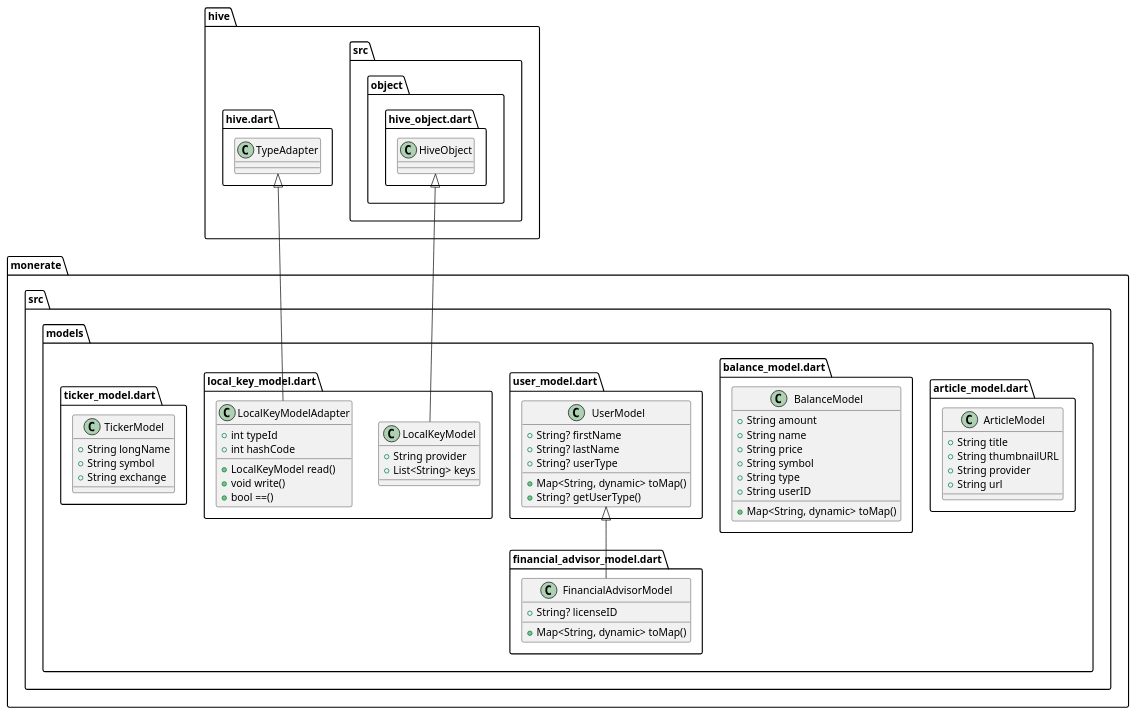
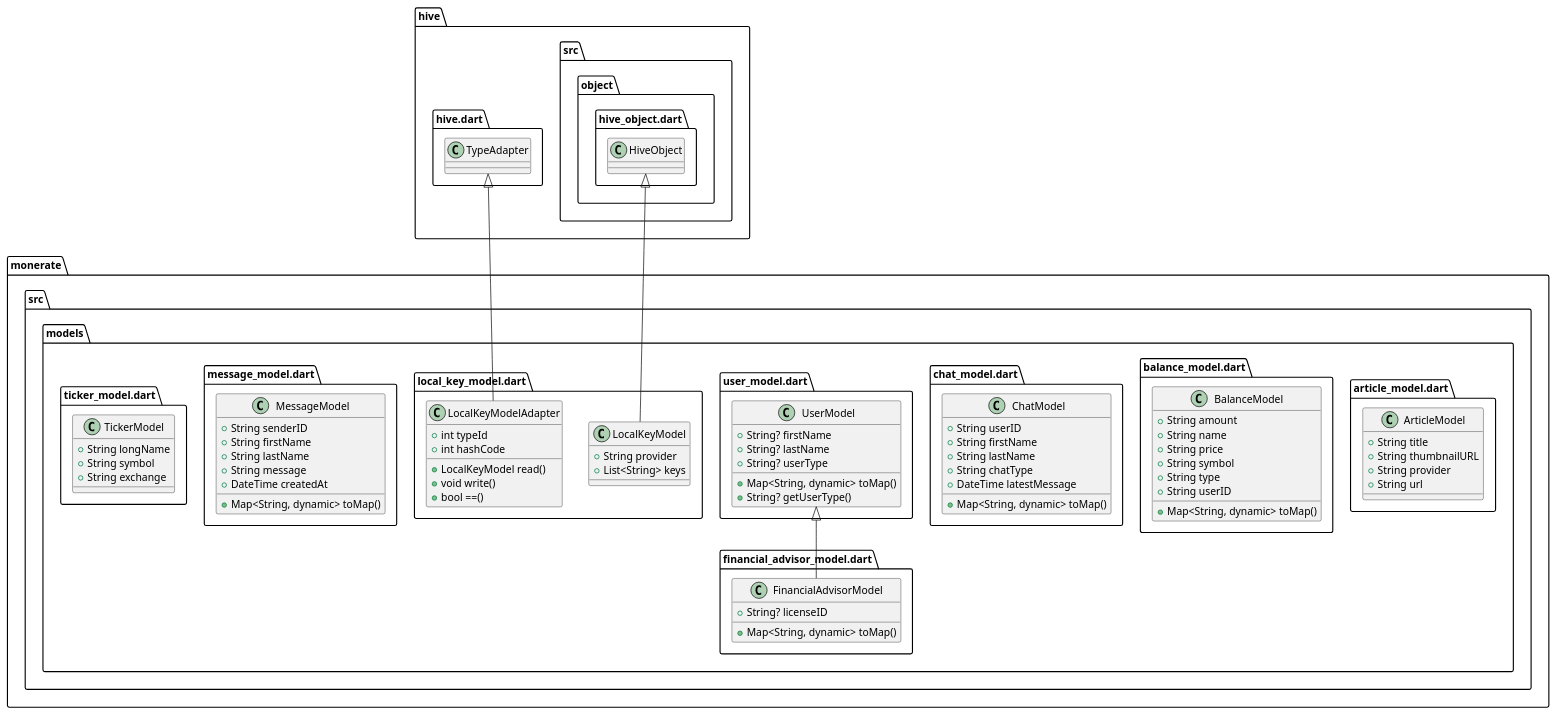
Before and after one commit to k5924/Monerate: the diagram in uml/models.puml, drawn with PlantUML. The commit also changed 8 other files, not shown here.

Commit message:
UML Diagrams

```diff
--- a/uml/models.puml
+++ b/uml/models.puml
@@ -1,60 +1,78 @@
 @startuml
 set namespaceSeparator ::
 
 class "monerate::src::models::article_model.dart::ArticleModel" {
   +String title
   +String thumbnailURL
   +String provider
   +String url
 }
 
 class "monerate::src::models::balance_model.dart::BalanceModel" {
   +String amount
   +String name
   +String price
   +String symbol
   +String type
   +String userID
+  +Map<String, dynamic> toMap()
+}
+
+class "monerate::src::models::chat_model.dart::ChatModel" {
+  +String userID
+  +String firstName
+  +String lastName
+  +String chatType
+  +DateTime latestMessage
   +Map<String, dynamic> toMap()
 }
 
 class "monerate::src::models::financial_advisor_model.dart::FinancialAdvisorModel" {
   +String? licenseID
   +Map<String, dynamic> toMap()
 }
 
 "monerate::src::models::user_model.dart::UserModel" <|-- "monerate::src::models::financial_advisor_model.dart::FinancialAdvisorModel"
 
 class "monerate::src::models::local_key_model.dart::LocalKeyModel" {
   +String provider
   +List<String> keys
 }
 
 "hive::src::object::hive_object.dart::HiveObject" <|-- "monerate::src::models::local_key_model.dart::LocalKeyModel"
 
 class "monerate::src::models::local_key_model.dart::LocalKeyModelAdapter" {
   +int typeId
   +int hashCode
   +LocalKeyModel read()
   +void write()
   +bool ==()
 }
 
 "hive::hive.dart::TypeAdapter" <|-- "monerate::src::models::local_key_model.dart::LocalKeyModelAdapter"
 
+class "monerate::src::models::message_model.dart::MessageModel" {
+  +String senderID
+  +String firstName
+  +String lastName
+  +String message
+  +DateTime createdAt
+  +Map<String, dynamic> toMap()
+}
+
 class "monerate::src::models::ticker_model.dart::TickerModel" {
   +String longName
   +String symbol
   +String exchange
 }
 
 class "monerate::src::models::user_model.dart::UserModel" {
   +String? firstName
   +String? lastName
   +String? userType
   +Map<String, dynamic> toMap()
   +String? getUserType()
 }
 
 
 @enduml
```
